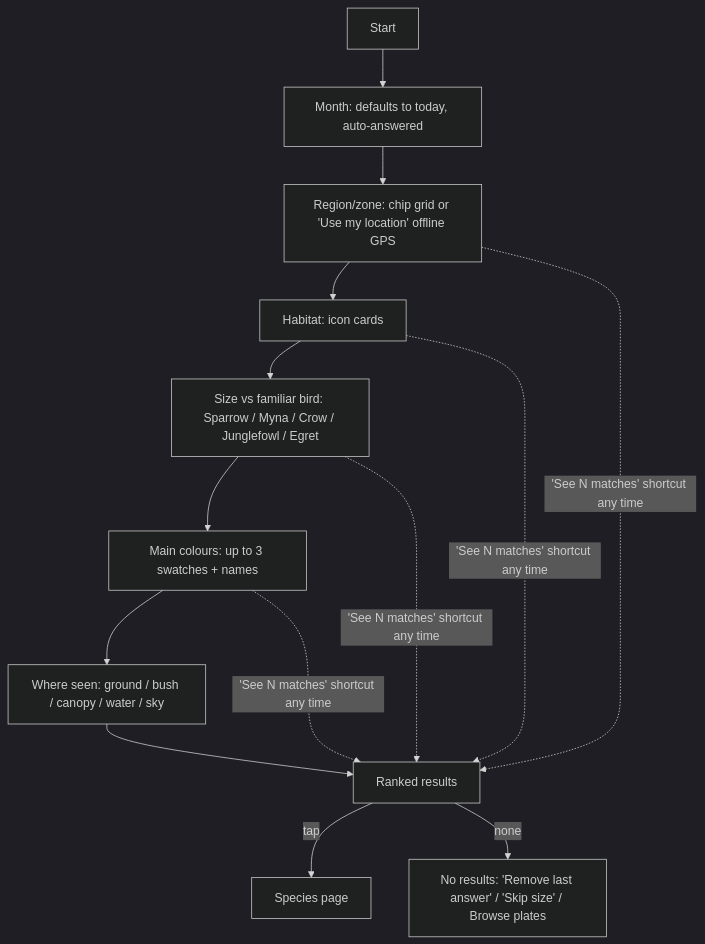
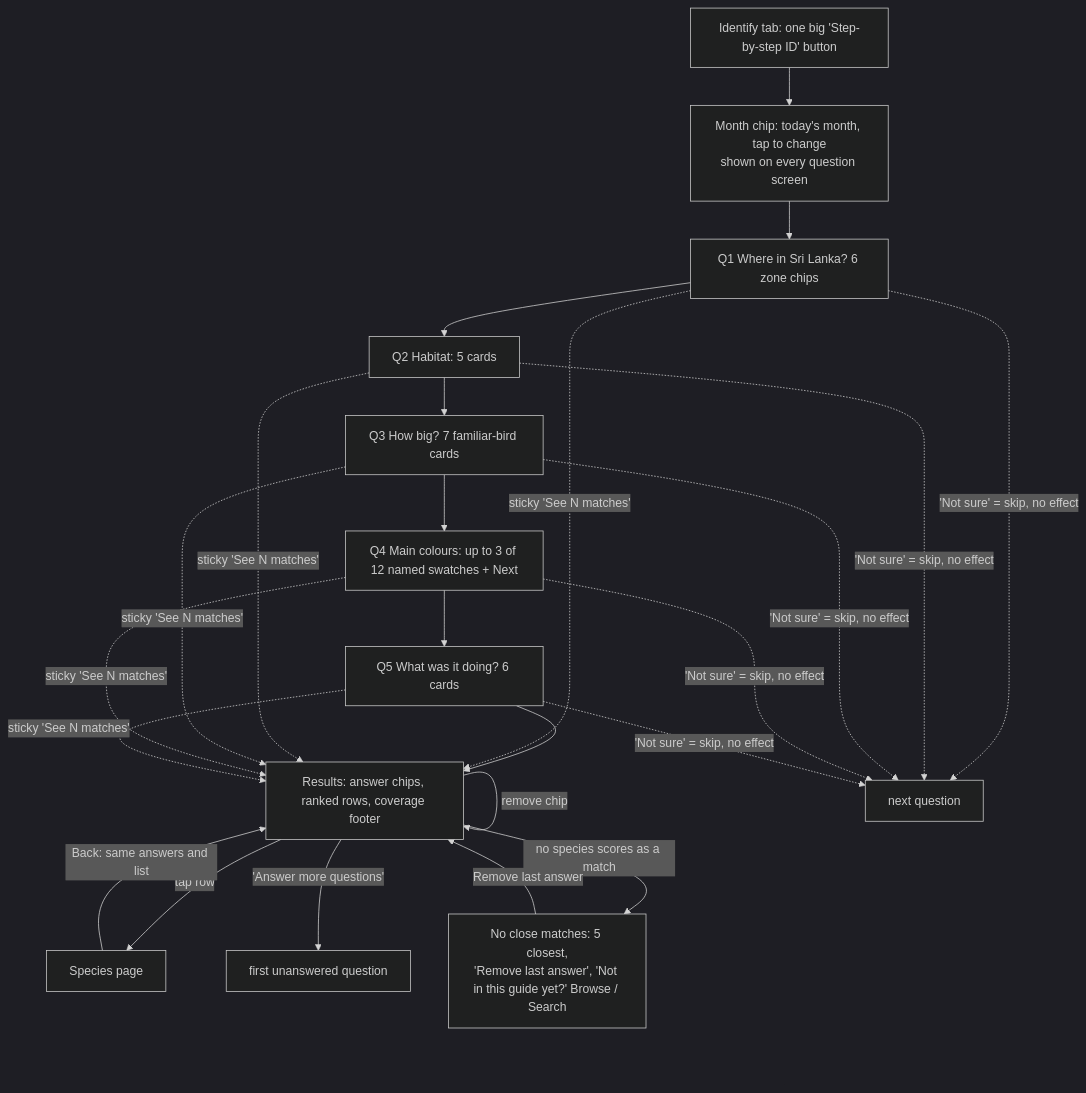
Before and after one commit to umanda/birding: the third of 6 diagrams in docs/design/01-ux-flows.md, drawn with Mermaid (dark theme). The commit also changed other lines of this file and 1 other file, not shown here.

First line of the commit message:
docs: update step-by-step ID flow and wireframes for M5 (#63)

````diff
--- a/docs/design/01-ux-flows.md
+++ b/docs/design/01-ux-flows.md
@@ -63,13 +73,17 @@
 ```mermaid
 flowchart TD
-  S[Start] --> M[Month: defaults to today, auto-answered]
-  M --> Z[Region/zone: chip grid or 'Use my location' offline GPS]
-  Z --> H[Habitat: icon cards]
-  H --> SZ[Size vs familiar bird: Sparrow / Myna / Crow / Junglefowl / Egret]
-  SZ --> C[Main colours: up to 3 swatches + names]
-  C --> W[Where seen: ground / bush / canopy / water / sky]
-  W --> R[Ranked results]
-  Z & H & SZ & C -. 'See N matches' shortcut any time .-> R
-  R -- tap --> SP[Species page]
-  R -- none --> NR[No results: 'Remove last answer' / 'Skip size' / Browse plates]
+  I[Identify tab: one big 'Step-by-step ID' button] --> M
+  M[Month chip: today's month, tap to change<br/>shown on every question screen] --> Z
+  Z[Q1 Where in Sri Lanka? 6 zone chips] --> H[Q2 Habitat: 5 cards]
+  H --> SZ[Q3 How big? 7 familiar-bird cards]
+  SZ --> C[Q4 Main colours: up to 3 of 12 named swatches + Next]
+  C --> W[Q5 What was it doing? 6 cards]
+  W --> R[Results: answer chips, ranked rows, coverage footer]
+  Z & H & SZ & C & W -. 'Not sure' = skip, no effect .-> next[next question]
+  Z & H & SZ & C & W -. sticky 'See N matches' .-> R
+  R -- remove chip --> R
+  R -- tap row --> SP[Species page] -- Back: same answers and list --> R
+  R -- 'Answer more questions' --> next2[first unanswered question]
+  R -- no species scores as a match --> NR[No close matches: 5 closest,<br/>'Remove last answer', 'Not in this guide yet?' Browse / Search]
+  NR -- Remove last answer --> R
 ```
````
